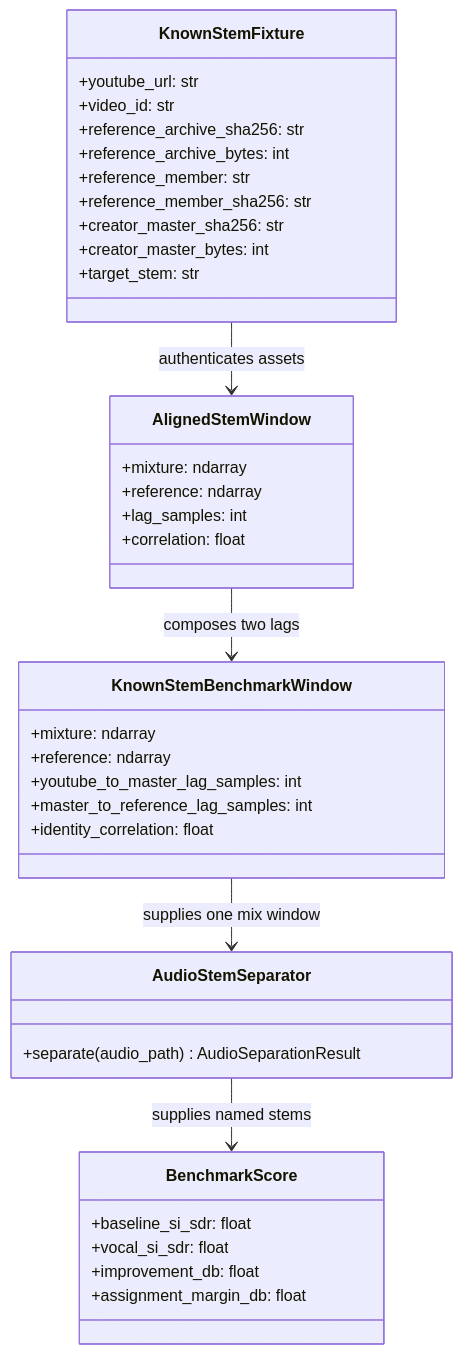
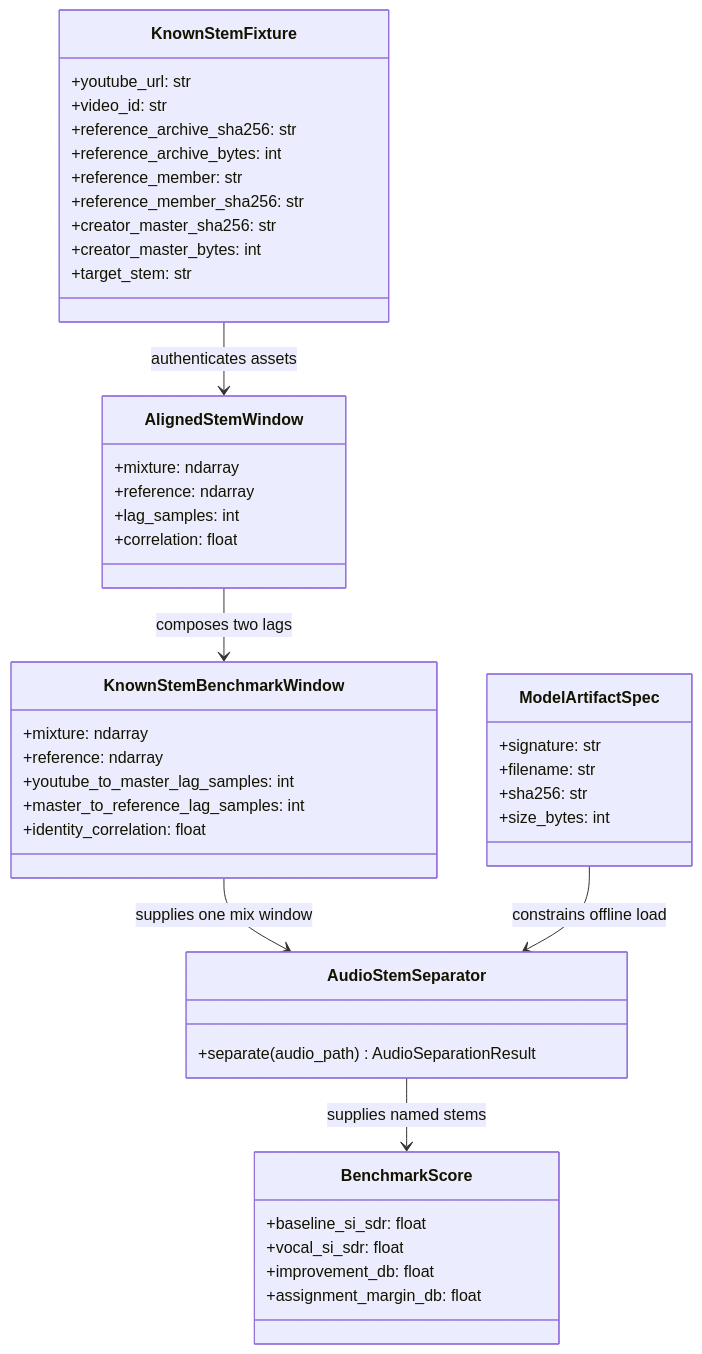
Before and after one commit to ContextualWisdomLab/bandscope: the fifth of 7 diagrams in docs/architecture/diagrams.md, drawn with Mermaid. The commit also changed other lines of this file and 40 other files, not shown here.

````diff
--- a/docs/architecture/diagrams.md
+++ b/docs/architecture/diagrams.md
@@ -75,40 +77,47 @@
 ```mermaid
 classDiagram
     class KnownStemFixture {
       +youtube_url: str
       +video_id: str
       +reference_archive_sha256: str
       +reference_archive_bytes: int
       +reference_member: str
       +reference_member_sha256: str
       +creator_master_sha256: str
       +creator_master_bytes: int
       +target_stem: str
     }
     class AlignedStemWindow {
       +mixture: ndarray
       +reference: ndarray
       +lag_samples: int
       +correlation: float
     }
     class AudioStemSeparator {
       +separate(audio_path) AudioSeparationResult
     }
+    class ModelArtifactSpec {
+      +signature: str
+      +filename: str
+      +sha256: str
+      +size_bytes: int
+    }
     class KnownStemBenchmarkWindow {
       +mixture: ndarray
       +reference: ndarray
       +youtube_to_master_lag_samples: int
       +master_to_reference_lag_samples: int
       +identity_correlation: float
     }
     class BenchmarkScore {
       +baseline_si_sdr: float
       +vocal_si_sdr: float
       +improvement_db: float
       +assignment_margin_db: float
     }
     KnownStemFixture --> AlignedStemWindow: authenticates assets
     AlignedStemWindow --> KnownStemBenchmarkWindow: composes two lags
     KnownStemBenchmarkWindow --> AudioStemSeparator: supplies one mix window
+    ModelArtifactSpec --> AudioStemSeparator: constrains offline load
     AudioStemSeparator --> BenchmarkScore: supplies named stems
 ```
````
